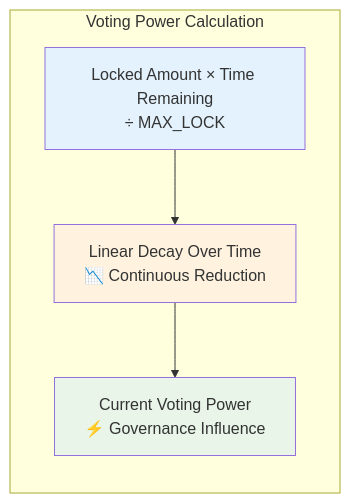
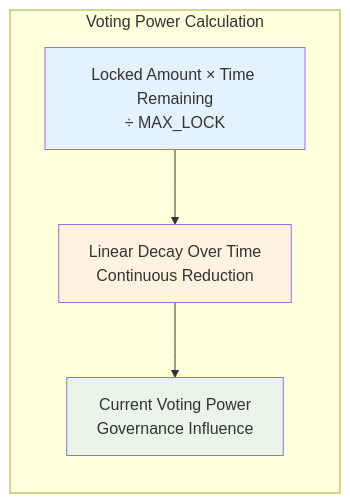
One commit to Elata-Biosciences/elata-protocol changed the fourth of 8 diagrams in README.md. Above: the diagram before and after it, drawn with Mermaid. The commit also changed other lines of this file, not shown here.

````diff
--- a/README.md
+++ b/README.md
@@ -210,14 +210,14 @@
 ```mermaid
 graph LR
     subgraph "Voting Power Calculation"
         INPUT[Locked Amount × Time Remaining<br/>÷ MAX_LOCK]
-        DECAY[Linear Decay Over Time<br/>📉 Continuous Reduction]
-        OUTPUT[Current Voting Power<br/>⚡ Governance Influence]
+        DECAY[Linear Decay Over Time<br/> Continuous Reduction]
+        OUTPUT[Current Voting Power<br/> Governance Influence]
     end
     
     INPUT --> DECAY --> OUTPUT
     
     style INPUT fill:#e3f2fd
     style DECAY fill:#fff3e0
     style OUTPUT fill:#e8f5e8
 ```
````
